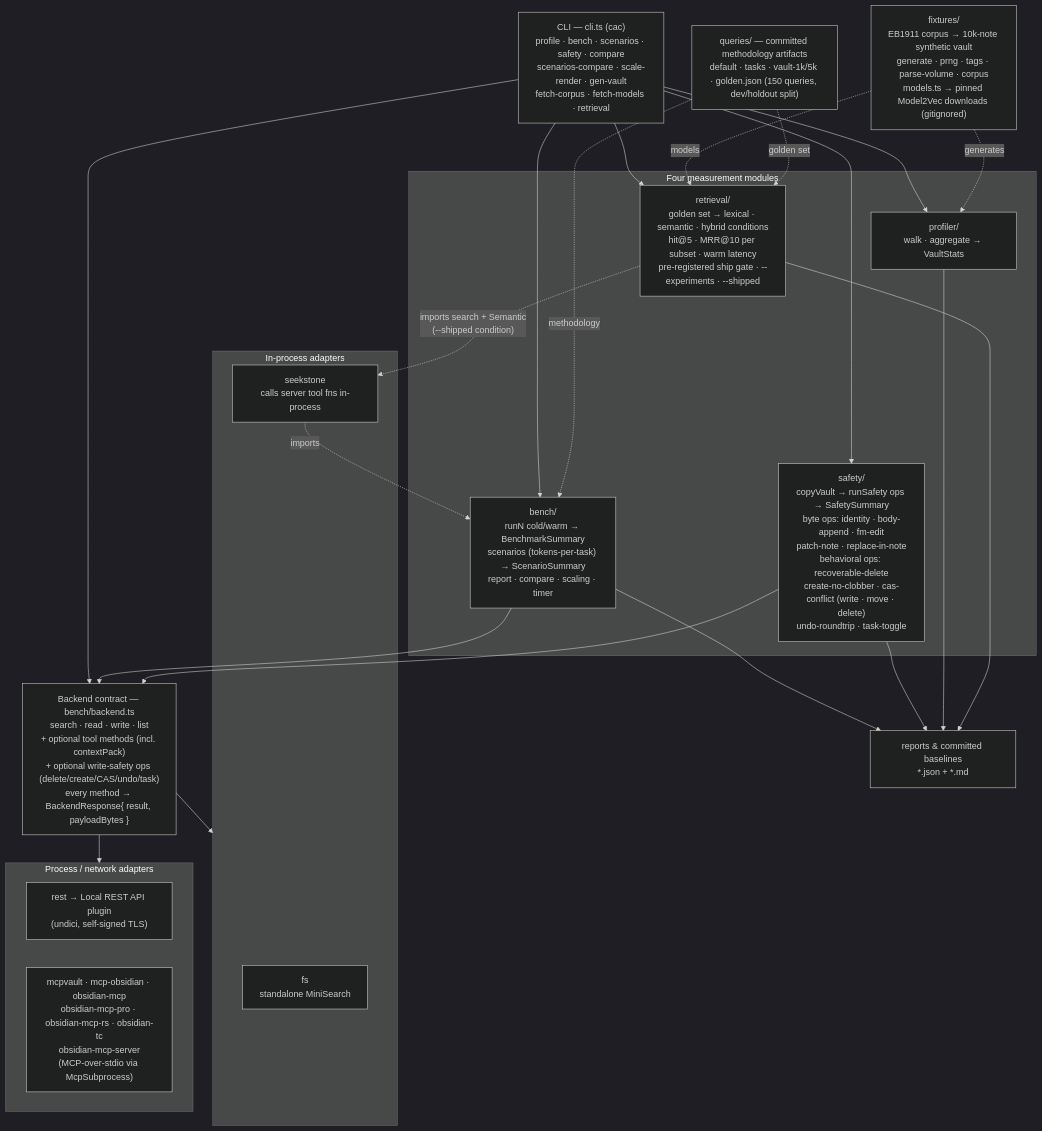
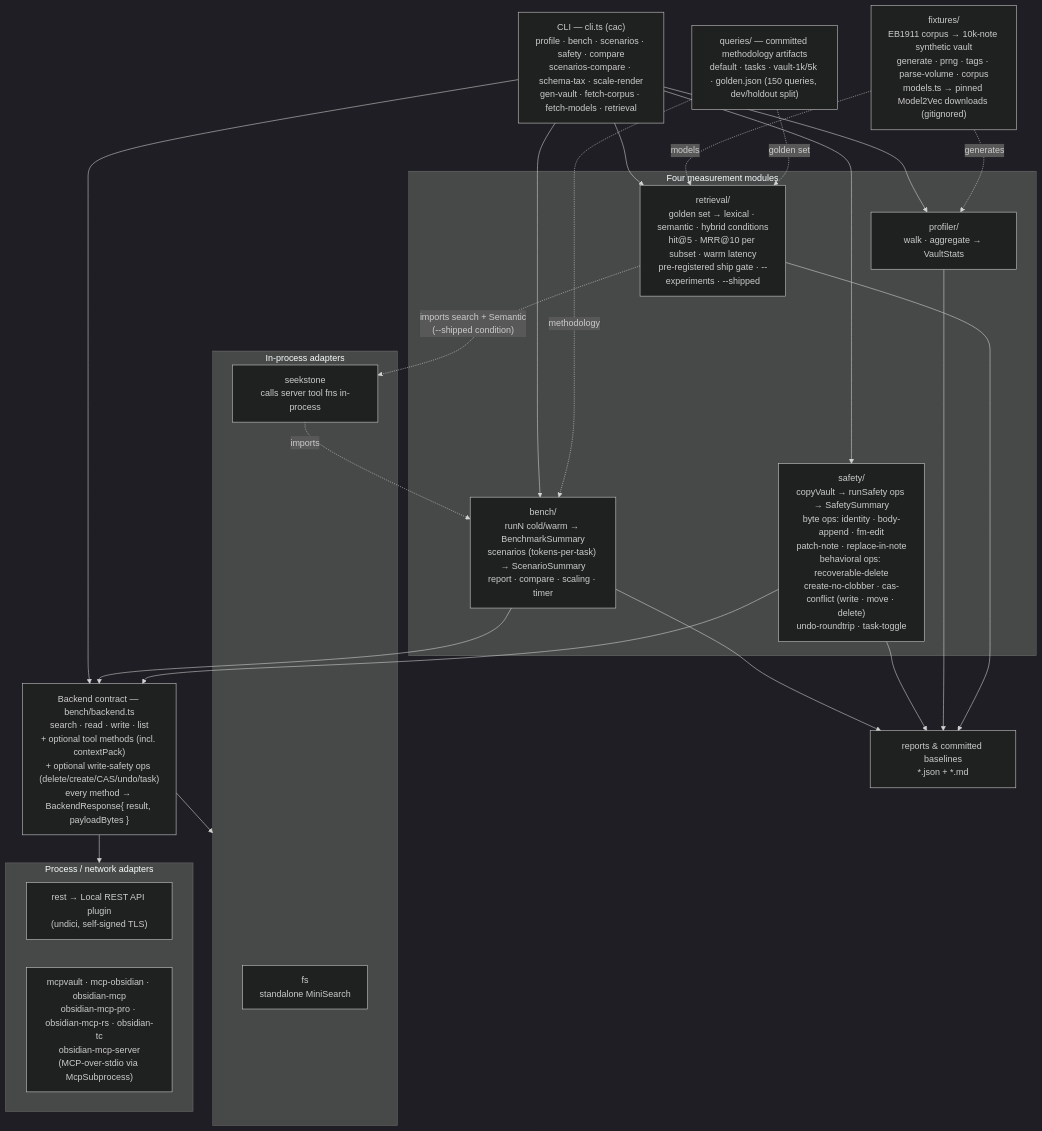
The fourth of 5 diagrams in docs/ARCHITECTURE.md (shaqmughal/seekstone), drawn with Mermaid (dark theme) before and after one commit. The commit also changed other lines of this file and 20 other files, not shown here.

First line of the commit message:
feat(harness): measure the tool-list schema tax and set a bar for new tools (SHA-341) (#410)

````diff
--- a/docs/ARCHITECTURE.md
+++ b/docs/ARCHITECTURE.md
@@ -291,46 +294,46 @@
 ```mermaid
 flowchart TD
-    cli["CLI — cli.ts (cac)<br/>profile · bench · scenarios · safety · compare<br/>scenarios-compare · scale-render · gen-vault<br/>fetch-corpus · fetch-models · retrieval"]
+    cli["CLI — cli.ts (cac)<br/>profile · bench · scenarios · safety · compare<br/>scenarios-compare · schema-tax · scale-render<br/>gen-vault · fetch-corpus · fetch-models · retrieval"]
 
     backend["Backend contract — bench/backend.ts<br/>search · read · write · list<br/>+ optional tool methods (incl. contextPack)<br/>+ optional write-safety ops (delete/create/CAS/undo/task)<br/>every method → BackendResponse{ result, payloadBytes }"]
 
     subgraph inproc["In-process adapters"]
         fs["fs<br/>standalone MiniSearch"]
         seek["seekstone<br/>calls server tool fns in-process"]
     end
     subgraph extern["Process / network adapters"]
         rest["rest → Local REST API plugin<br/>(undici, self-signed TLS)"]
         mcp["mcpvault · mcp-obsidian · obsidian-mcp<br/>obsidian-mcp-pro · obsidian-mcp-rs · obsidian-tc<br/>obsidian-mcp-server<br/>(MCP-over-stdio via McpSubprocess)"]
     end
 
     subgraph modules["Four measurement modules"]
         profiler["profiler/<br/>walk · aggregate → VaultStats"]
         bench["bench/<br/>runN cold/warm → BenchmarkSummary<br/>scenarios (tokens-per-task) → ScenarioSummary<br/>report · compare · scaling · timer"]
         safety["safety/<br/>copyVault → runSafety ops → SafetySummary<br/>byte ops: identity · body-append · fm-edit<br/>patch-note · replace-in-note<br/>behavioral ops: recoverable-delete<br/>create-no-clobber · cas-conflict (write · move · delete)<br/>undo-roundtrip · task-toggle"]
         retrieval["retrieval/<br/>golden set → lexical · semantic · hybrid conditions<br/>hit@5 · MRR@10 per subset · warm latency<br/>pre-registered ship gate · --experiments · --shipped"]
     end
 
     fixtures["fixtures/<br/>EB1911 corpus → 10k-note synthetic vault<br/>generate · prng · tags · parse-volume · corpus<br/>models.ts → pinned Model2Vec downloads (gitignored)"]
     queries["queries/ — committed methodology artifacts<br/>default · tasks · vault-1k/5k · golden.json (150 queries, dev/holdout split)"]
     reports["reports & committed baselines<br/>*.json + *.md"]
 
     cli --> profiler
     cli --> bench
     cli --> safety
     cli --> retrieval
     cli --> backend
     backend --> inproc
     backend --> extern
     bench --> backend
     safety --> backend
     bench --> reports
     safety --> reports
     profiler --> reports
     retrieval --> reports
     fixtures -. generates .-> profiler
     fixtures -. models .-> retrieval
     queries -. methodology .-> bench
     queries -. golden set .-> retrieval
     retrieval -. "imports search + Semantic<br/>(--shipped condition)" .-> seek
     seek -. imports .-> bench
 ```
````
